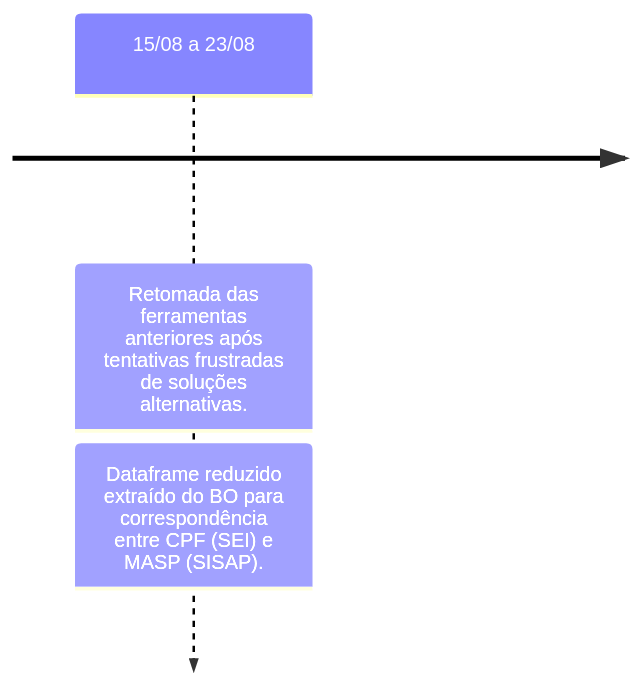
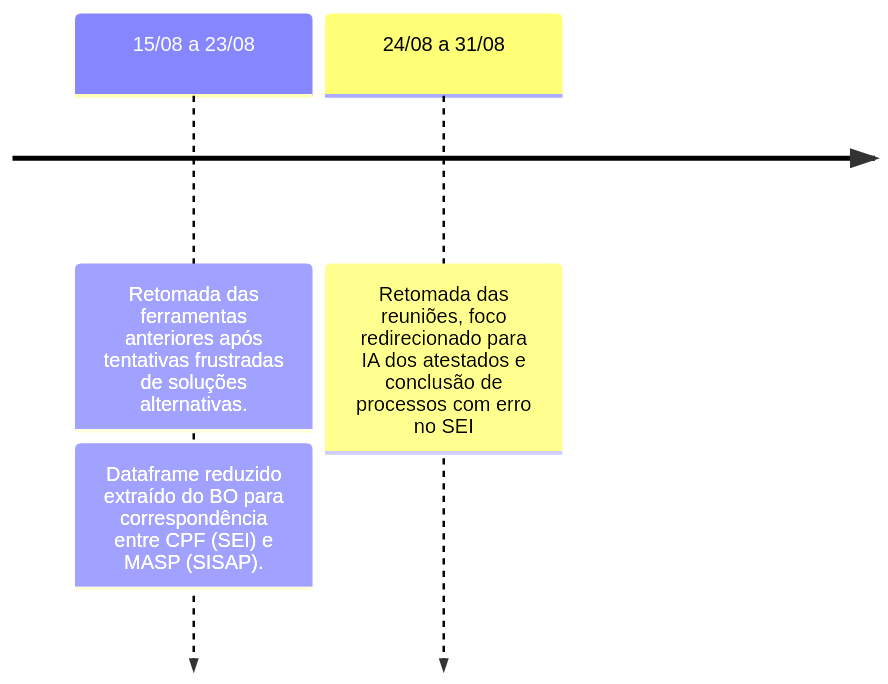
The fifth of 6 diagrams in docs/linha_do_tempo/projeto_seplag_scpmso.md (automatiza-mg/handbook), drawn with Mermaid before and after one commit. The commit also changed other lines of this file, not shown here.

Commit message:
atualiza linha do tempo projeto perícia see https://github.com/automatiza-mg/projeto-seplag-pericia/issues/6

````diff
--- a/docs/linha_do_tempo/projeto_seplag_scpmso.md
+++ b/docs/linha_do_tempo/projeto_seplag_scpmso.md
@@ -57,5 +57,6 @@
     ```mermaid
     timeline
         15/08 a 23/08 : Retomada das ferramentas anteriores após tentativas frustradas de soluções alternativas.
                       : Dataframe reduzido extraído do BO para correspondência entre CPF (SEI) e MASP (SISAP).
+        24/08 a 31/08 : Retomada das reuniões, foco redirecionado para IA dos atestados e conclusão de processos com erro no SEI 
     ```
````
